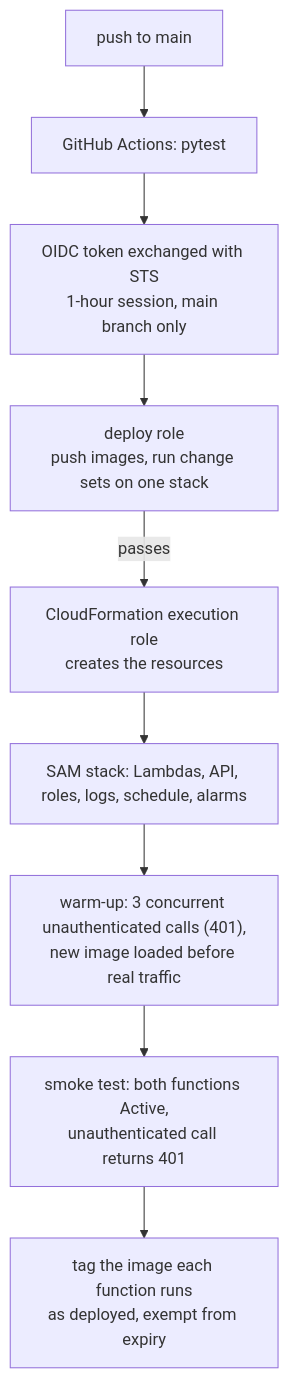
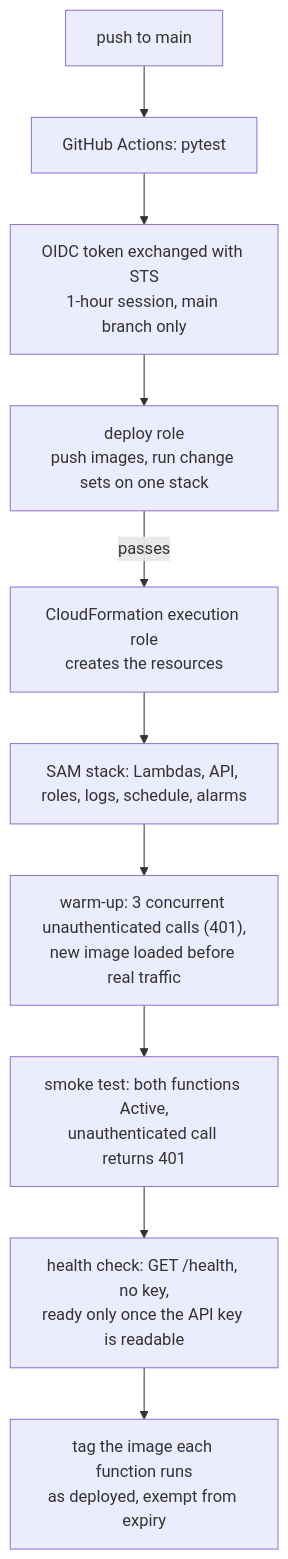
Before and after one commit to C0k11/quantai: the eighth of 8 diagrams in README.md, drawn with Mermaid. The commit also changed other lines of this file and 4 other files, not shown here.

Commit message:
feat(api): GET /health reports whether the API key is readable

````diff
--- a/README.md
+++ b/README.md
@@ -324,11 +324,12 @@
 ```mermaid
 flowchart TB
     PUSH["push to main"] --> TEST["GitHub Actions: pytest"]
     TEST --> OIDC["OIDC token exchanged with STS<br/>1-hour session, main branch only"]
     OIDC --> DEP["deploy role<br/>push images, run change sets on one stack"]
     DEP -->|"passes"| CFN["CloudFormation execution role<br/>creates the resources"]
     CFN --> APP["SAM stack: Lambdas, API, roles, logs, schedule, alarms"]
     APP --> WARM["warm-up: 3 concurrent unauthenticated calls (401),<br/>new image loaded before real traffic"]
     WARM --> SMOKE["smoke test: both functions Active,<br/>unauthenticated call returns 401"]
-    SMOKE --> PIN["tag the image each function runs<br/>as deployed, exempt from expiry"]
+    SMOKE --> HEALTH["health check: GET /health, no key,<br/>ready only once the API key is readable"]
+    HEALTH --> PIN["tag the image each function runs<br/>as deployed, exempt from expiry"]
 ```
````
